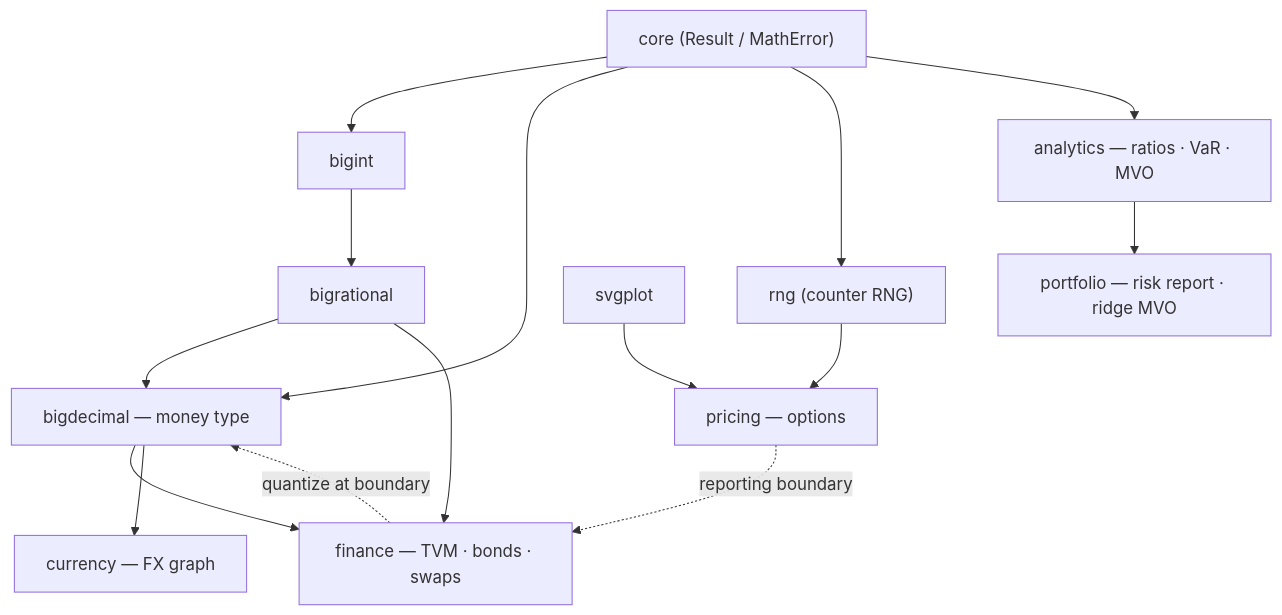
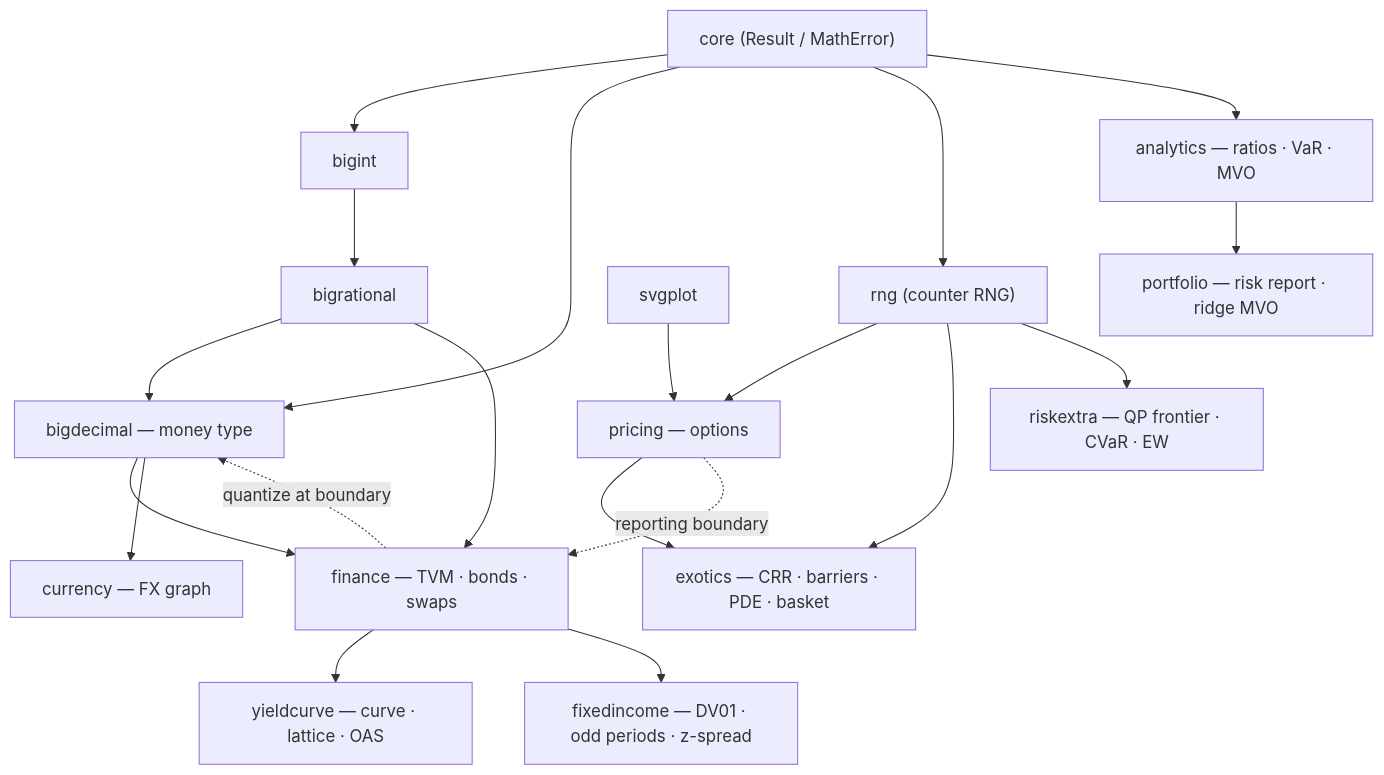
One commit to oldboldpilot/NimbleCAS changed the first of 5 diagrams in docs/guides/financial-mathematics.md. Above: the diagram before and after it, drawn with Mermaid. The commit also changed other lines of this file and 2 other files, not shown here.

First line of the commit message:
docs: complete callable-bond OAS coverage + refresh the finance module map

````diff
--- a/docs/guides/financial-mathematics.md
+++ b/docs/guides/financial-mathematics.md
@@ -19,26 +19,35 @@
 ```mermaid
 graph TD
     core["core (Result / MathError)"]
     bigint["bigint"]
     bigrational["bigrational"]
     rng["rng (counter RNG)"]
     svgplot["svgplot"]
     bigdecimal["bigdecimal — money type"]
     finance["finance — TVM · bonds · swaps"]
     currency["currency — FX graph"]
     pricing["pricing — options"]
     analytics["analytics — ratios · VaR · MVO"]
     portfolio["portfolio — risk report · ridge MVO"]
+    exotics["exotics — CRR · barriers · PDE · basket"]
+    yieldcurve["yieldcurve — curve · lattice · OAS"]
+    fixedincome["fixedincome — DV01 · odd periods · z-spread"]
+    riskextra["riskextra — QP frontier · CVaR · EW"]
 
     core --> bigint --> bigrational
     bigrational --> bigdecimal
     core --> bigdecimal
     bigdecimal --> finance
     bigrational --> finance
     bigdecimal --> currency
     core --> rng --> pricing
     svgplot --> pricing
     core --> analytics --> portfolio
+    pricing --> exotics
+    rng --> exotics
+    finance --> yieldcurve
+    finance --> fixedincome
+    rng --> riskextra
     finance -. "quantize at boundary" .-> bigdecimal
     pricing -. "reporting boundary" .-> finance
 ```
````
